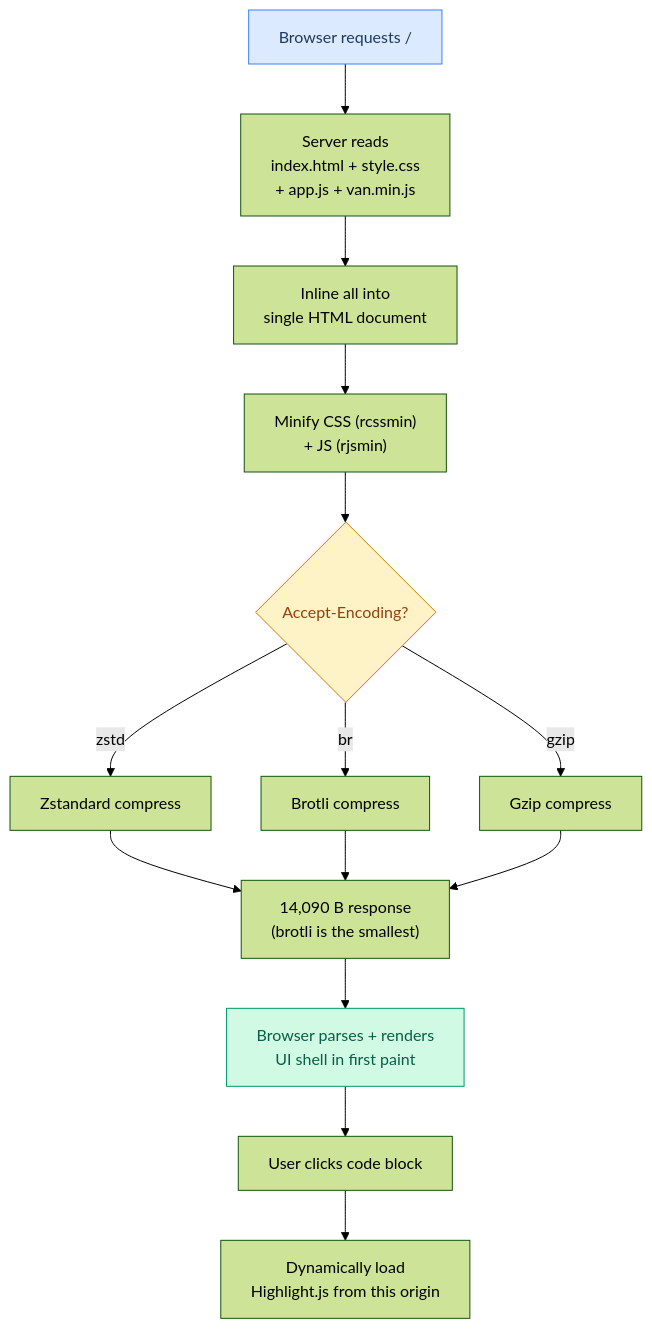
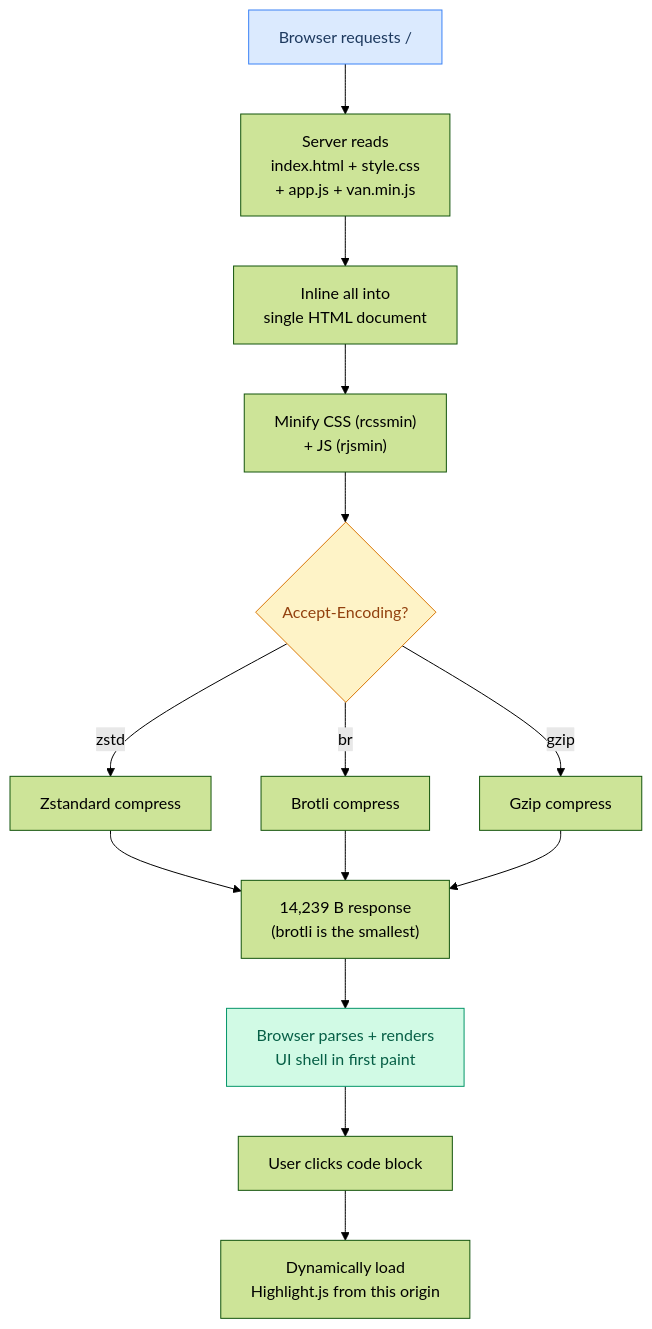
One commit to maci0/recoverage changed diagram 16 of 18 in docs/USER_STORIES.md. Above: the diagram before and after it, drawn with Mermaid (forest theme). The commit also changed other lines of this file and 2 other files, not shown here.

Commit message:
docs: correct the measured SPA shell and asset byte figures

````diff
--- a/docs/USER_STORIES.md
+++ b/docs/USER_STORIES.md
@@ -512,21 +512,21 @@
 ```mermaid
 graph TD
     A["Browser requests /"] --> B["Server reads<br/>index.html + style.css<br/>+ app.js + van.min.js"]
     B --> C["Inline all into<br/>single HTML document"]
     C --> D["Minify CSS (rcssmin)<br/>+ JS (rjsmin)"]
     D --> E{"Accept-Encoding?"}
     E -->|zstd| F["Zstandard compress"]
     E -->|br| G["Brotli compress"]
     E -->|gzip| H["Gzip compress"]
-    F --> I["14,090 B response<br/>(brotli is the smallest)"]
+    F --> I["14,239 B response<br/>(brotli is the smallest)"]
     G --> I
     H --> I
     I --> J["Browser parses + renders<br/>UI shell in first paint"]
 
     J --> K["User clicks code block"]
     K --> L["Dynamically load<br/>Highlight.js from this origin"]
 
     style A fill:#dbeafe,stroke:#3b82f6,color:#1e3a5f
     style J fill:#d1fae5,stroke:#059669,color:#065f46
     style E fill:#fef3c7,stroke:#d97706,color:#92400e
 ```
````
